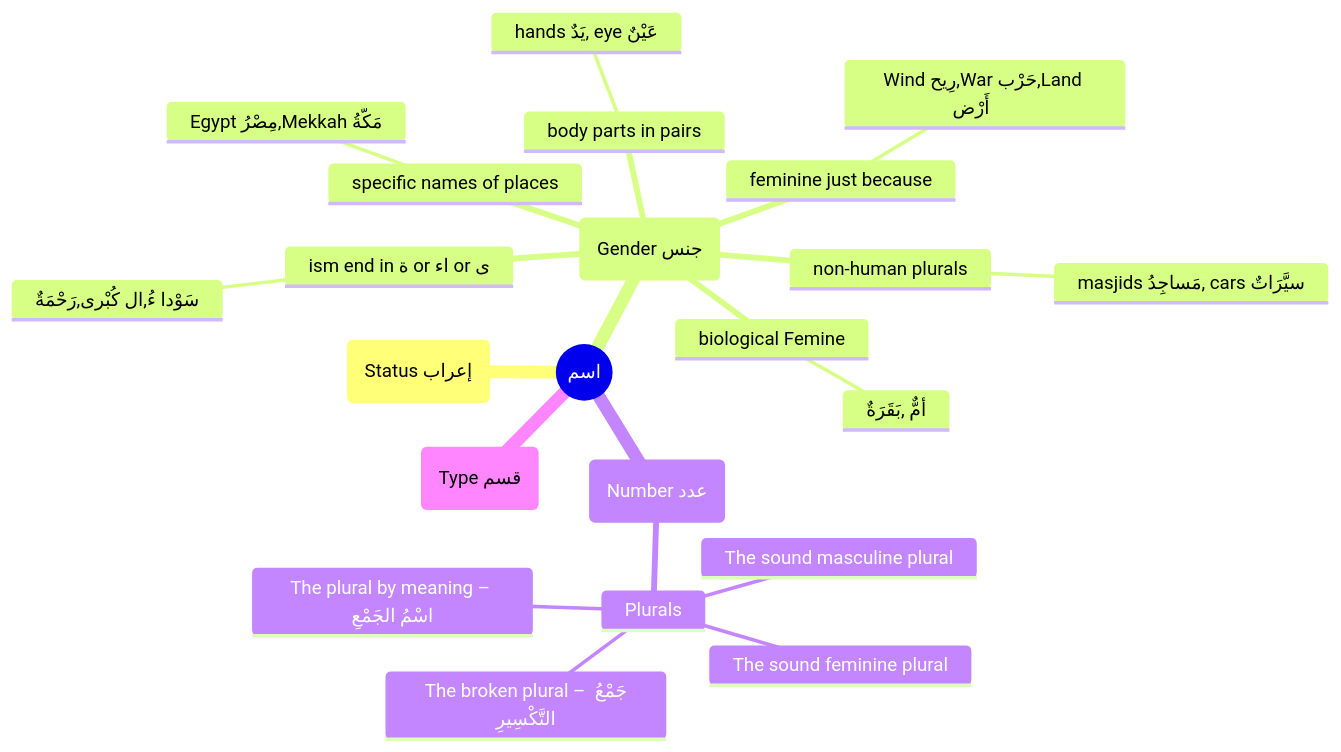
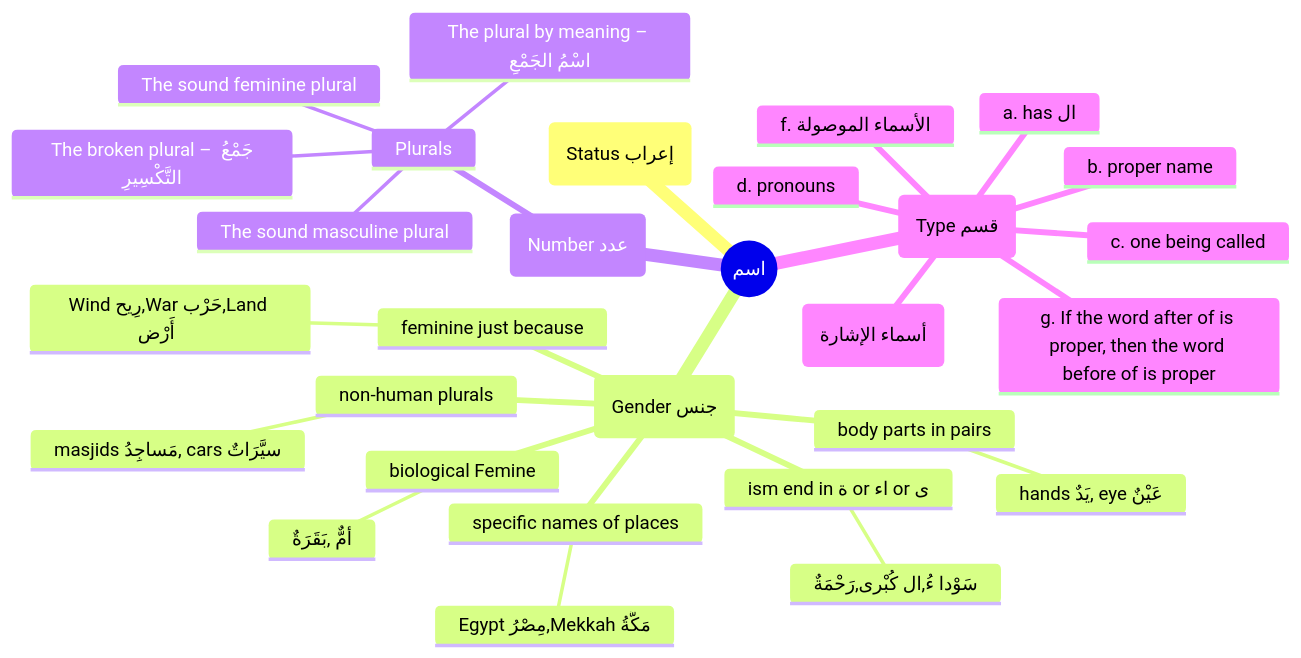
The diagram in README.md (phillogic/learning-arabic), drawn with Mermaid before and after one commit.

Commit message:
added type

````diff
--- a/README.md
+++ b/README.md
@@ -3,30 +3,37 @@
 ```mermaid
 ---
 config:
   layout: tidy-tree
 ---
 mindmap
   root((اسم))
     id(Status إعراب)
     id(Gender جنس)
       biological Femine
        أمٌّ ,بَقَرَةٌ
       ism end in ة or اء or ى
        سَوْدا ءُ,ال كُبْرى,رَحْمَةٌ
       body parts in pairs
         hands يَدٌ, eye عَيْنٌ
       specific names of places
          Egypt مِصْرُ,Mekkah  مَكَّةُ
       non-human plurals
         masjids مَساجِدُ, cars سيَّرَاتٌ
       feminine just because
         Wind رِيح,War حَرْب,Land أَرْض      
     (Number عدد)
         Plurals
           The sound masculine plural
           The sound feminine plural
           The broken plural – جَمْعُ التَّكْسِيرِ
           The plural by meaning – اسْمُ الجَمْعِ
     (Type قسم)
+      a. has ال
+      b. proper name
+      c. one being called
+      d. pronouns
+      e. pointing words  (أسماء الإشارة)
+      f. الأسماء الموصولة
+      g. If the word after of is proper, then the word before of is proper
     
 ```
````
